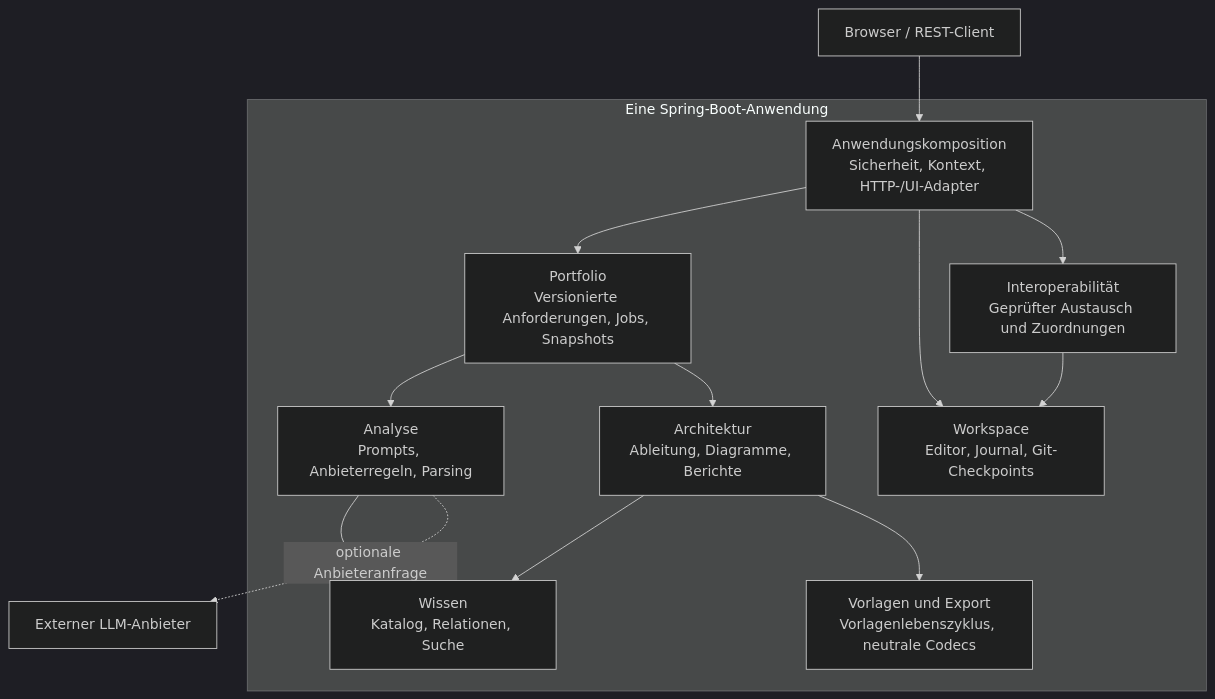
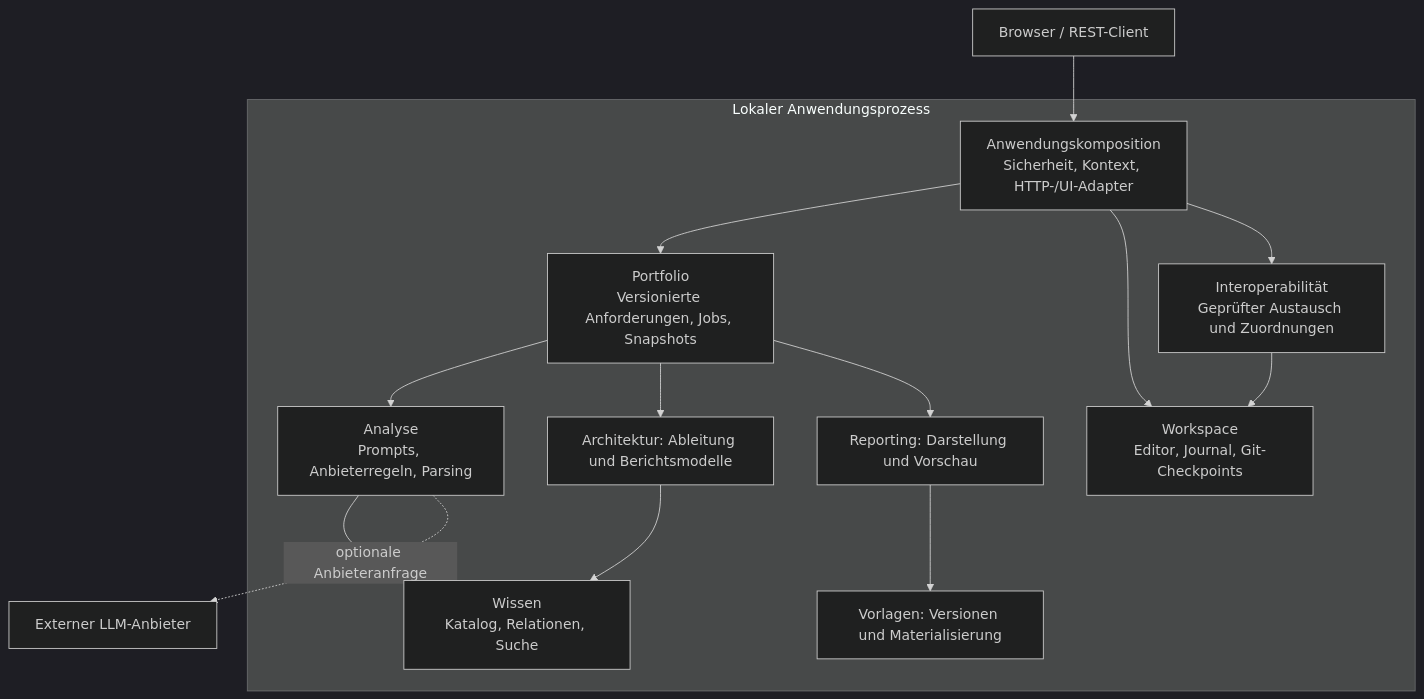
The first of 5 diagrams in docs/de/ARCHITECTURE.md (carstenartur/Taxonomy), drawn with Mermaid (dark theme) before and after one commit. The commit also changed other lines of this file and 27 other files, not shown here.

Commit message:
docs: align architecture, developer guides and screenshot evidence (#1262)

````diff
--- a/docs/de/ARCHITECTURE.md
+++ b/docs/de/ARCHITECTURE.md
@@ -58,24 +59,26 @@
 ```mermaid
 flowchart TB
     Client["Browser / REST-Client"] --> HTTP
-    subgraph Application["Eine Spring-Boot-Anwendung"]
+    subgraph Application["Lokaler Anwendungsprozess"]
         HTTP["Anwendungskomposition<br/>Sicherheit, Kontext, HTTP-/UI-Adapter"]
         Portfolio["Portfolio<br/>Versionierte Anforderungen, Jobs, Snapshots"]
         Analysis["Analyse<br/>Prompts, Anbieterregeln, Parsing"]
         Knowledge["Wissen<br/>Katalog, Relationen, Suche"]
-        Architecture["Architektur<br/>Ableitung, Diagramme, Berichte"]
+        Architecture["Architektur: Ableitung und Berichtsmodelle"]
+        Reporting["Reporting: Darstellung und Vorschau"]
         Workspace["Workspace<br/>Editor, Journal, Git-Checkpoints"]
         Interop["Interoperabilität<br/>Geprüfter Austausch und Zuordnungen"]
-        Templates["Vorlagen und Export<br/>Vorlagenlebenszyklus, neutrale Codecs"]
+        Templates["Vorlagen: Versionen und Materialisierung"]
         HTTP --> Portfolio
         HTTP --> Workspace
         HTTP --> Interop
         Portfolio --> Analysis
         Portfolio --> Architecture
+        Portfolio --> Reporting
         Analysis --> Knowledge
         Architecture --> Knowledge
-        Architecture --> Templates
+        Reporting --> Templates
         Interop --> Workspace
     end
     Analysis -.->|optionale Anbieteranfrage| LLM["Externer LLM-Anbieter"]
 ```
````
